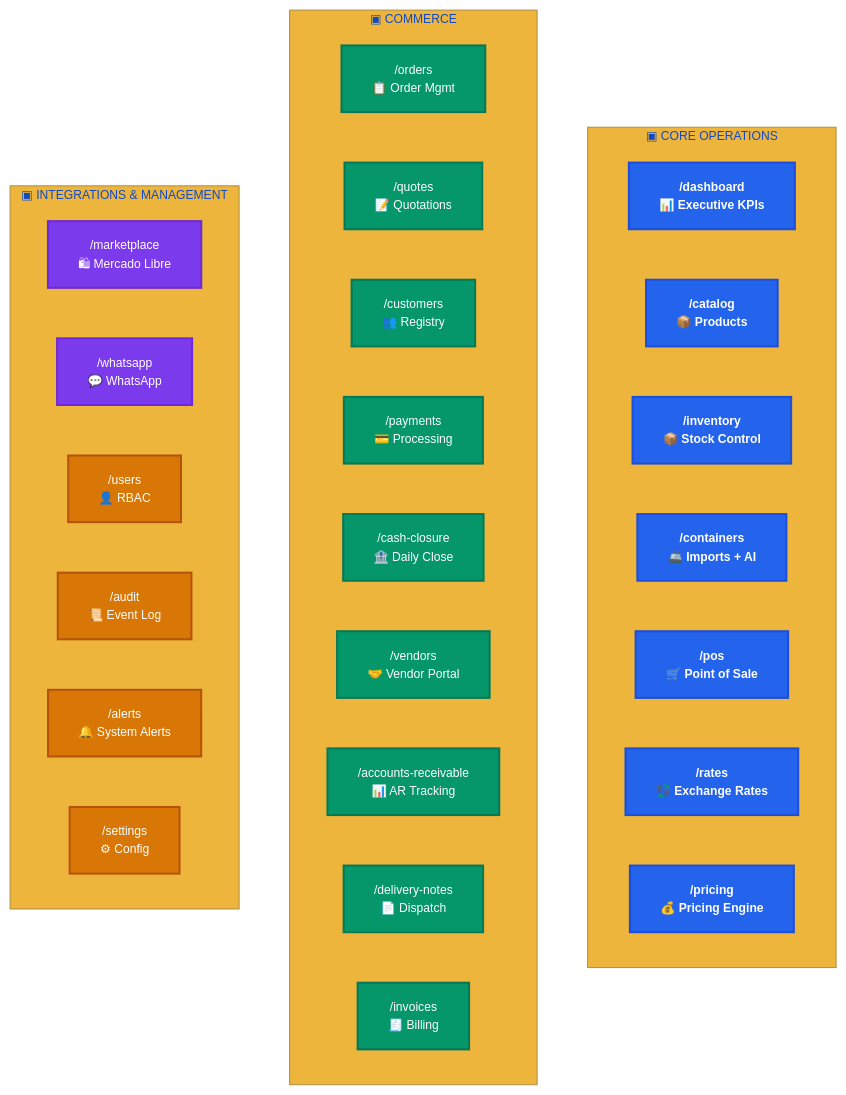
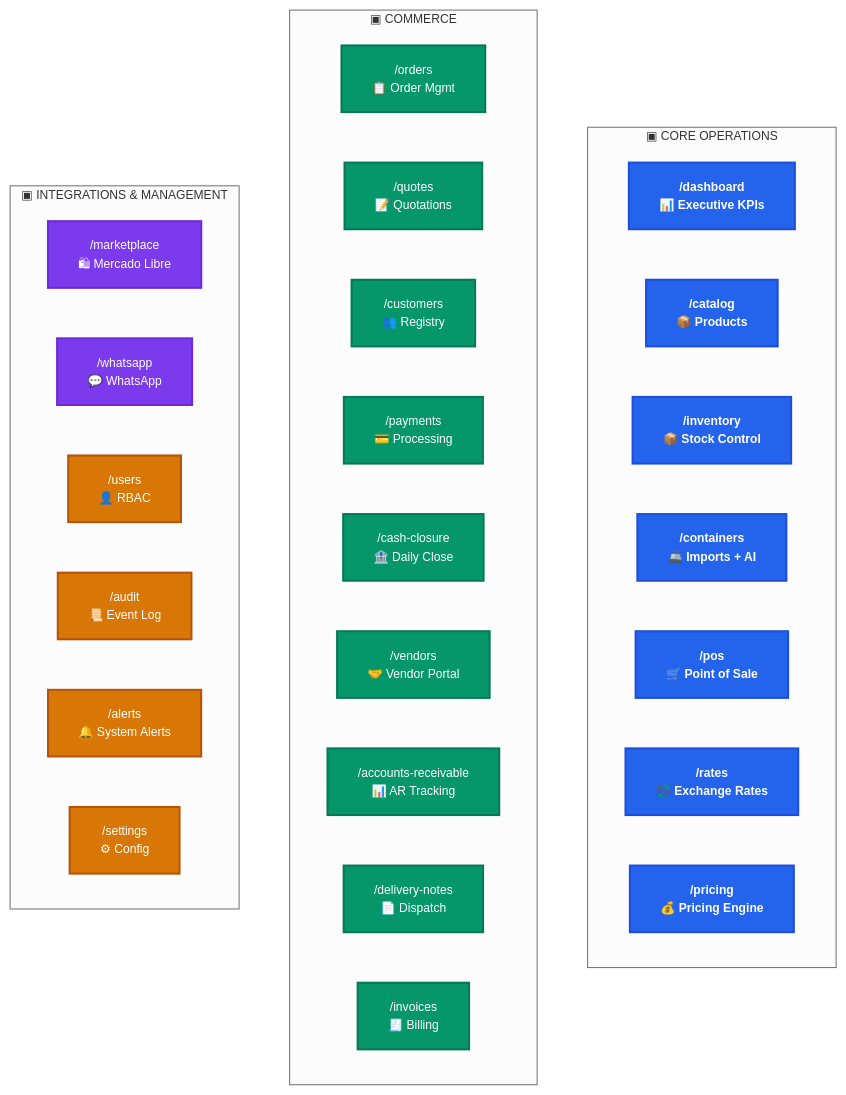
The sixth of 9 diagrams in README.md (jesusjosezapata99-jpg/Cendaro), drawn with Mermaid before and after one commit. The commit also changed other lines of this file and 15 other files, not shown here.

Commit message:
feat: implement security hardening with rate limiting, auth guards, and shared validation schemas

````diff
--- a/README.md
+++ b/README.md
@@ -549,43 +591,43 @@
 ```mermaid
-%%{init: {'theme': 'base', 'themeVariables': {'primaryColor': '#2463eb', 'primaryTextColor': '#fff', 'primaryBorderColor': '#1d4ed8', 'lineColor': '#475569', 'fontSize': '12px'}}}%%
+%%{init: {'theme': 'neutral', 'themeVariables': {'fontSize': '12px'}}}%%
 
 graph TB
   classDef core fill:#2463eb,stroke:#1d4ed8,color:#fff,stroke-width:2px,font-weight:bold
   classDef commerce fill:#059669,stroke:#047857,color:#fff,stroke-width:2px
   classDef integr fill:#7c3aed,stroke:#6d28d9,color:#fff,stroke-width:2px
   classDef mgmt fill:#d97706,stroke:#b45309,color:#fff,stroke-width:2px
 
   subgraph CORE["▣ CORE OPERATIONS"]
     direction LR
     D["/dashboard\n📊 Executive KPIs"]:::core
     CAT["/catalog\n📦 Products"]:::core
     INV["/inventory\n📦 Stock Control"]:::core
     CON["/containers\n🚢 Imports + AI"]:::core
     POS["/pos\n🛒 Point of Sale"]:::core
     RAT["/rates\n💱 Exchange Rates"]:::core
     PRI["/pricing\n💰 Pricing Engine"]:::core
   end
 
   subgraph COMMERCE["▣ COMMERCE"]
     direction LR
     ORD["/orders\n📋 Order Mgmt"]:::commerce
     QUO["/quotes\n📝 Quotations"]:::commerce
     CUS["/customers\n👥 Registry"]:::commerce
     PAY["/payments\n💳 Processing"]:::commerce
     CSH["/cash-closure\n🏦 Daily Close"]:::commerce
     VEN["/vendors\n🤝 Vendor Portal"]:::commerce
     ACC["/accounts-receivable\n📊 AR Tracking"]:::commerce
     DEL["/delivery-notes\n📄 Dispatch"]:::commerce
     INV2["/invoices\n🧾 Billing"]:::commerce
   end
 
   subgraph INTEGRATIONS["▣ INTEGRATIONS & MANAGEMENT"]
     direction LR
     MKT["/marketplace\n🛍 Mercado Libre"]:::integr
     WHA["/whatsapp\n💬 WhatsApp"]:::integr
     USR["/users\n👤 RBAC"]:::mgmt
     AUD["/audit\n📜 Event Log"]:::mgmt
     ALR["/alerts\n🔔 System Alerts"]:::mgmt
     SET["/settings\n⚙ Config"]:::mgmt
   end
 ```
````
